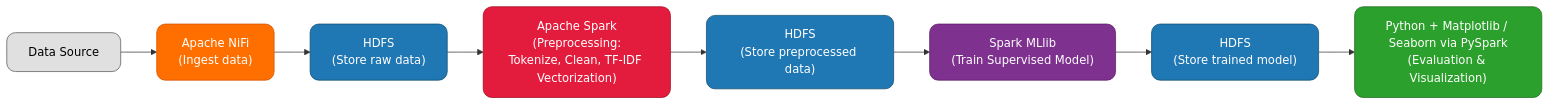
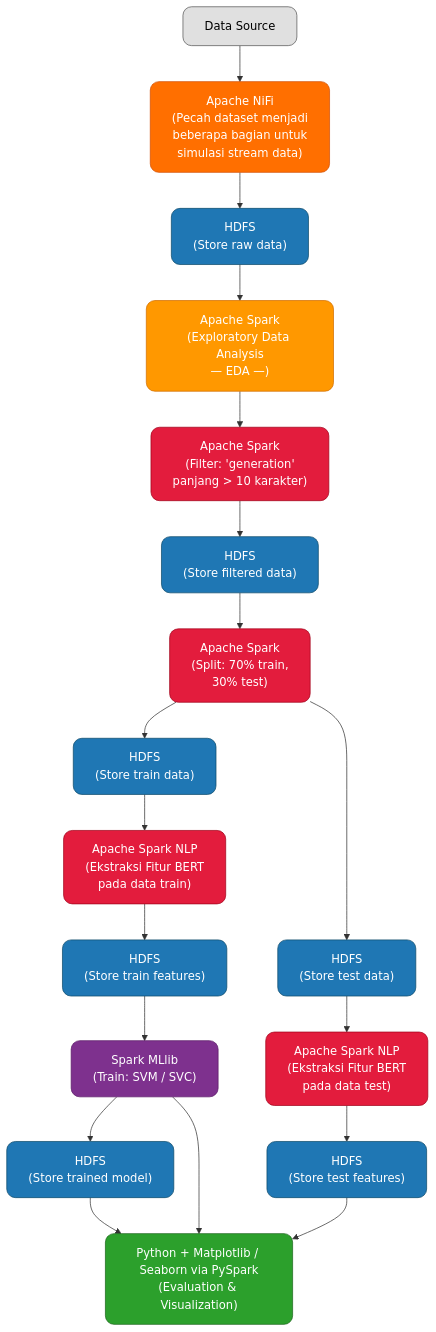
One commit to rafyakbar/big-data-stack changed the diagram in README.md. Above: the diagram before and after it, drawn with Mermaid. The commit also changed 1 other file, not shown here.

Commit message:
Update README & EDA script

````diff
--- a/README.md
+++ b/README.md
@@ -1,25 +1,45 @@
 ```mermaid
-flowchart LR
+flowchart TD
     %% Definisi gaya warna berdasarkan komponen
     classDef source fill:#e0e0e0,stroke:#555,color:#000,rx:12,ry:12;
     classDef nifi fill:#ff6f00,stroke:#d14d00,color:#fff,rx:12,ry:12;
     classDef hdfs fill:#1f77b4,stroke:#0d4a6b,color:#fff,rx:12,ry:12;
     classDef spark fill:#e31c3d,stroke:#a0001a,color:#fff,rx:12,ry:12;
     classDef mllib fill:#7e318e,stroke:#5a1a66,color:#fff,rx:12,ry:12;
     classDef viz fill:#2ca02c,stroke:#1b661b,color:#fff,rx:12,ry:12;
+    classDef eda fill:#ff9800,stroke:#d16e00,color:#fff,rx:12,ry:12;
 
-    A[Data Source] --> B["Apache NiFi<br>(Ingest data)"]
+    A[Data Source] --> B["Apache NiFi<br>(Pecah dataset menjadi<br>beberapa bagian untuk<br>simulasi stream data)"]
     B --> C["HDFS<br>(Store raw data)"]
-    C --> D["Apache Spark<br>(Preprocessing:<br>Tokenize, Clean, TF-IDF Vectorization)"]
-    D --> E["HDFS<br>(Store preprocessed data)"]
-    E --> F["Spark MLlib<br>(Train Supervised Model)"]
-    F --> G["HDFS<br>(Store trained model)"]
-    G --> H["Python + Matplotlib / Seaborn via PySpark<br>(Evaluation & Visualization)"]
+    C --> D["Apache Spark<br>(Exploratory Data Analysis<br>— EDA —)"]
+    D --> E["Apache Spark<br>(Filter: 'generation'<br>panjang > 10 karakter)"]
+    E --> F["HDFS<br>(Store filtered data)"]
+    F --> G["Apache Spark<br>(Split: 70% train,<br>30% test)"]
+    
+    %% Cabang Train
+    G --> H1["HDFS<br>(Store train data)"]
+    H1 --> I1["Apache Spark NLP<br>(Ekstraksi Fitur BERT<br>pada data train)"]
+    I1 --> J1["HDFS<br>(Store train features)"]
+    J1 --> K["Spark MLlib<br>(Train: SVM / SVC)"]
+    K --> L["HDFS<br>(Store trained model)"]
+    
+    %% Cabang Test
+    G --> H2["HDFS<br>(Store test data)"]
+    H2 --> I2["Apache Spark NLP<br>(Ekstraksi Fitur BERT<br>pada data test)"]
+    I2 --> J2["HDFS<br>(Store test features)"]
+    
+    %% Gabung untuk evaluasi
+    K --> M
+    J2 --> M
+    L --> M
+    M["Python + Matplotlib / Seaborn via PySpark<br>(Evaluation & Visualization)"]
 
+    %% Terapkan kelas warna
     class A source;
     class B nifi;
-    class C,E,G hdfs;
-    class D spark;
-    class F mllib;
-    class H viz;
+    class C,F,H1,H2,J1,J2,L hdfs;
+    class D,E,G,I1,I2 spark;
+    class K mllib;
+    class M viz;
+    class D eda;
 ```
````
